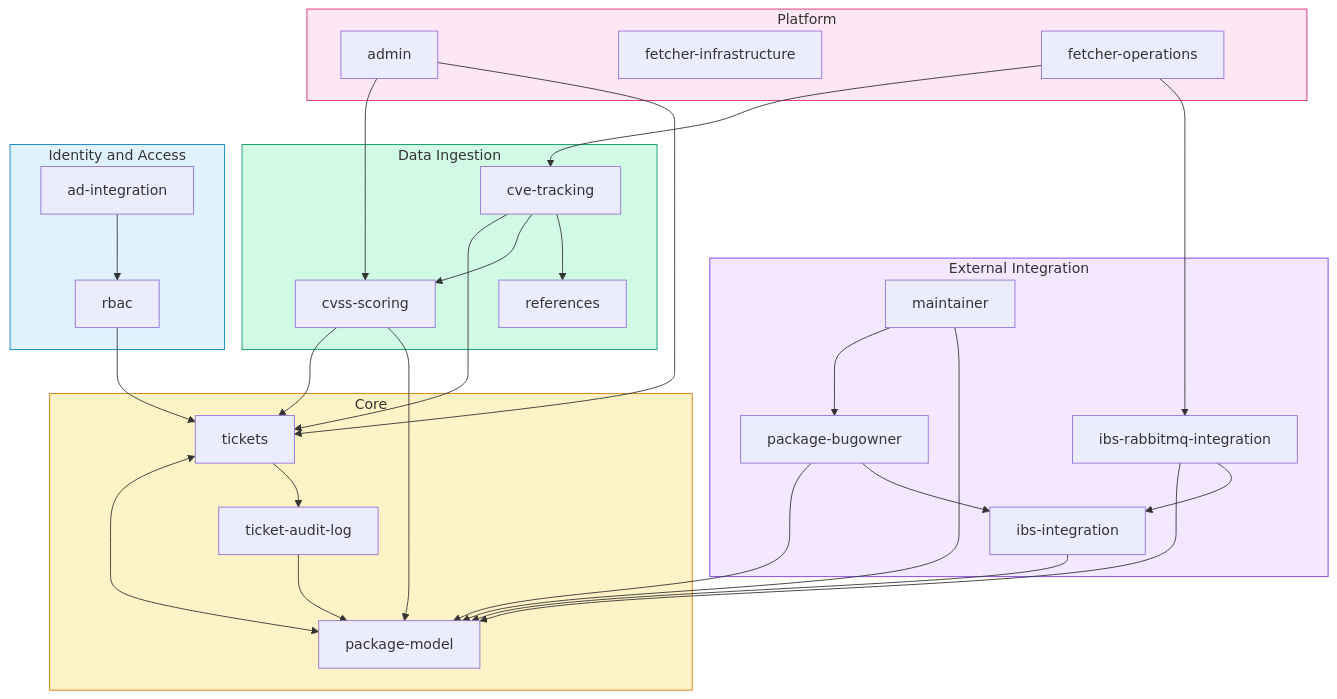
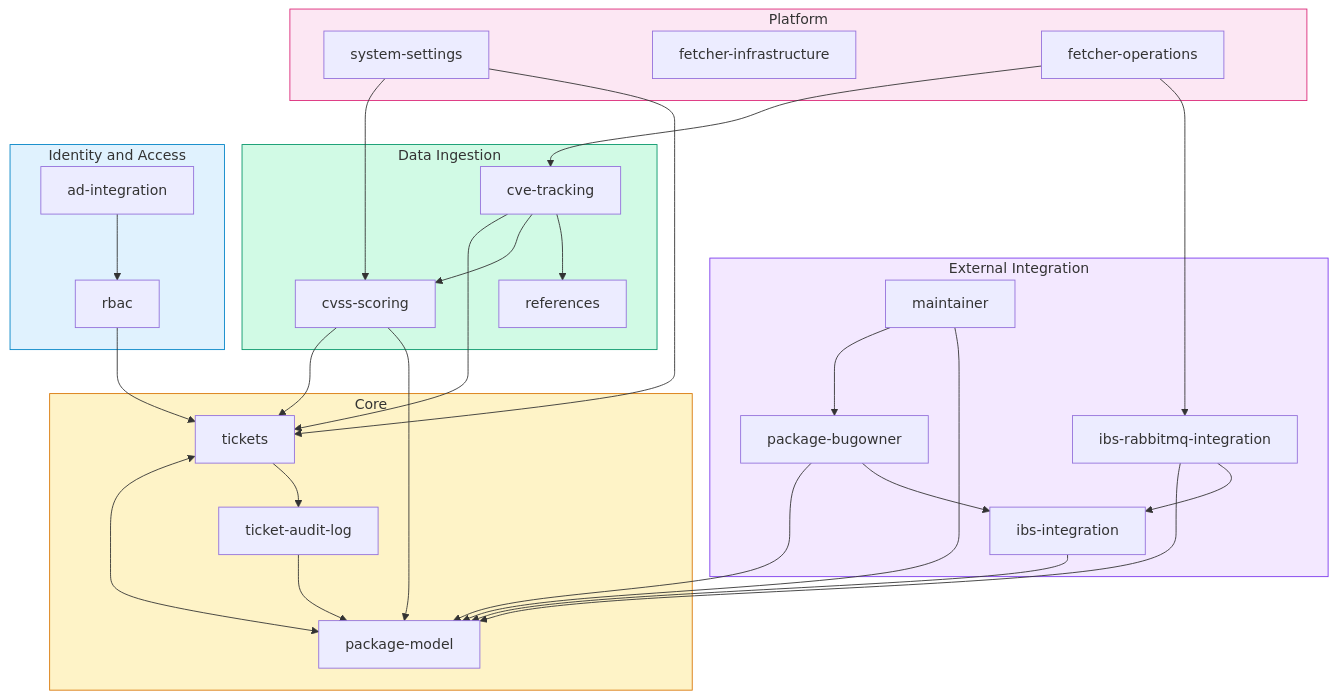
Before and after one commit to StayPirate/STAMP: the sixth of 6 diagrams in docs/system-map.md, drawn with Mermaid. The commit also changed other lines of this file and 14 other files, not shown here.

First line of the commit message:
docs: rename admin.md to system-settings.md

````diff
--- a/docs/system-map.md
+++ b/docs/system-map.md
@@ -477,71 +477,71 @@
 ```mermaid
 flowchart TD
     subgraph core["Core"]
         TICKETS["tickets"]
         HISTORY["ticket-audit-log"]
         PKG["package-model"]
     end
 
     subgraph ingestion["Data Ingestion"]
         CVE["cve-tracking"]
         CVSS["cvss-scoring"]
         REFS["references"]
     end
 
     subgraph integration["External Integration"]
         OBS["ibs-integration"]
         RABBIT["ibs-rabbitmq-integration"]
         BUGOWNER["package-bugowner"]
         MAINT["maintainer"]
     end
 
     subgraph identity["Identity and Access"]
         ADI["ad-integration"]
         RBAC["rbac"]
     end
 
     subgraph platform["Platform"]
-        ADMIN["admin"]
+        SETTINGS["system-settings"]
         FETCHER_INFRA["fetcher-infrastructure"]
         FETCHER["fetcher-operations"]
     end
 
     %% Core internal links
     TICKETS <--> PKG
     TICKETS --> HISTORY
 
     %% Ingestion → Core
     CVE --> TICKETS
     CVE --> CVSS
     CVE --> REFS
     CVSS --> TICKETS
     CVSS --> PKG
 
     %% Integration → Core
     OBS --> PKG
     RABBIT --> PKG
     RABBIT --> OBS
     BUGOWNER --> PKG
     BUGOWNER --> OBS
     MAINT --> BUGOWNER
     MAINT --> PKG
 
     %% Identity → Core
     ADI --> RBAC
     RBAC --> TICKETS
 
     %% Platform → everything
-    ADMIN --> CVSS
-    ADMIN --> TICKETS
+    SETTINGS --> CVSS
+    SETTINGS --> TICKETS
     FETCHER --> CVE
     FETCHER --> RABBIT
 
     %% History links
     HISTORY --> PKG
 
     style core fill:#fef3c7,stroke:#d97706
     style ingestion fill:#d1fae5,stroke:#059669
     style integration fill:#f3e8ff,stroke:#7c3aed
     style identity fill:#e0f2fe,stroke:#0284c7
     style platform fill:#fce7f3,stroke:#db2777
 ```
````
